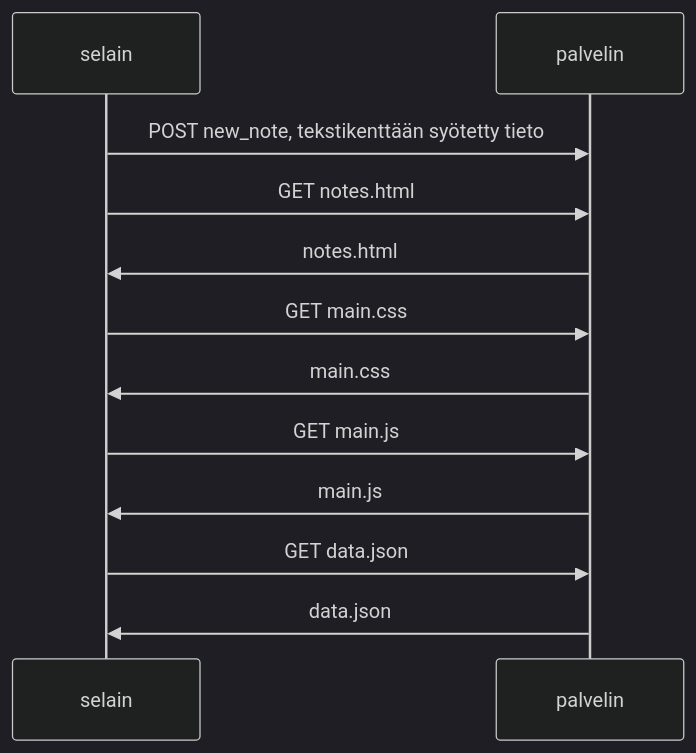
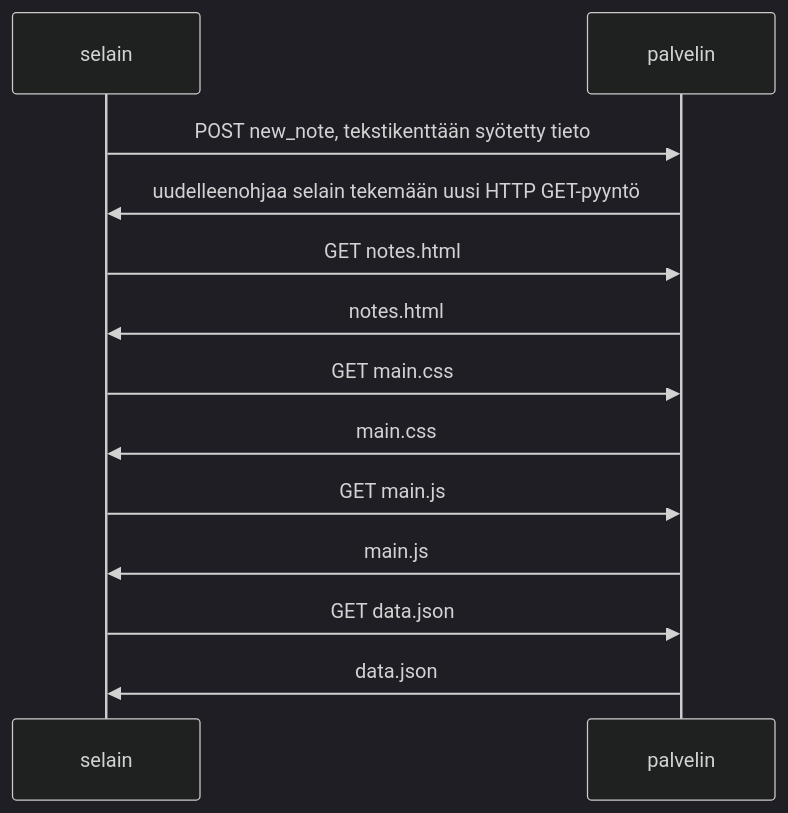
One commit to redhama/Fullstack--kurssi changed the diagram in part0/04 uusi_muistiinpano.md. Above: the diagram before and after it, drawn with Mermaid (dark theme). The commit also changed 2 other files, not shown here.

Commit message:
05 ja 06 tehtävien lisäys

````diff
--- a/part0/04 uusi_muistiinpano.md
+++ b/part0/04 uusi_muistiinpano.md
@@ -1,15 +1,16 @@
 ```mermaid
 sequenceDiagram
     participant selain
     participant palvelin
 
     selain->>palvelin: POST new_note, tekstikenttään syötetty tieto
+    palvelin->>selain: uudelleenohjaa selain tekemään uusi HTTP GET-pyyntö
     selain->>palvelin: GET notes.html
     palvelin->>selain: notes.html
     selain->>palvelin: GET main.css
     palvelin->>selain: main.css
     selain->>palvelin: GET main.js
     palvelin->>selain: main.js
     selain->>palvelin: GET data.json
     palvelin->>selain: data.json
 ```
````
